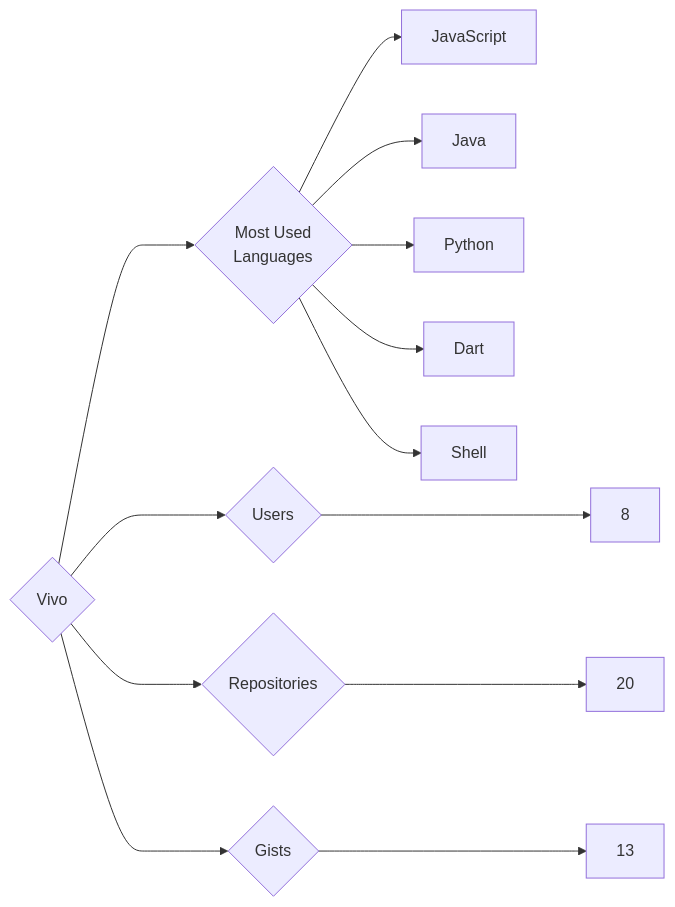
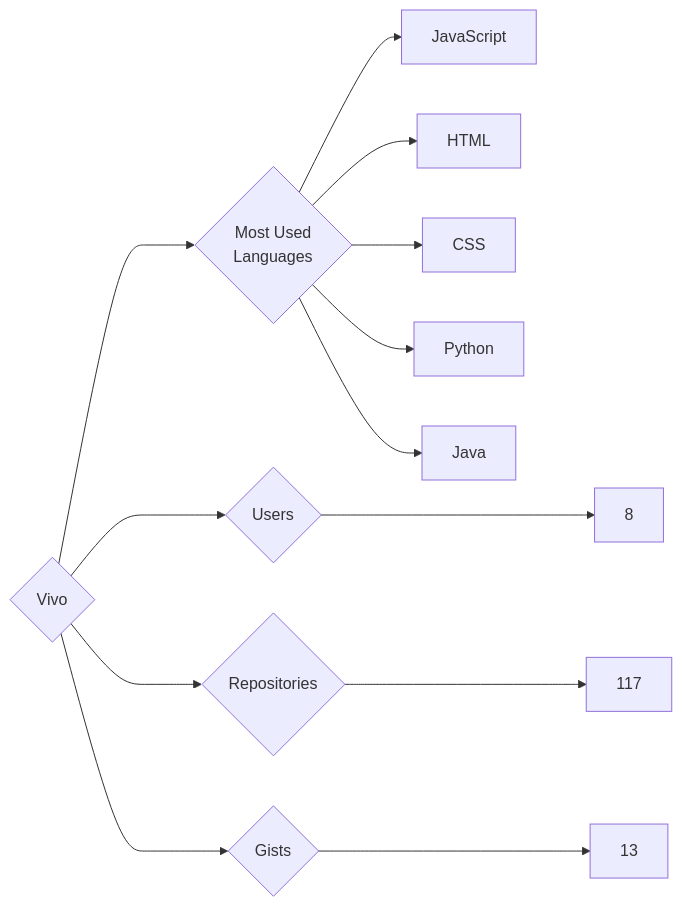
One commit to trickest/insiders changed the diagram in targets/Vivo/README.md. Above: the diagram before and after it, drawn with Mermaid. The commit also changed 728 other files, not shown here.

````diff
--- a/targets/Vivo/README.md
+++ b/targets/Vivo/README.md
@@ -3,13 +3,13 @@
 ```mermaid
 graph LR
 COMPANY_NAME{Vivo}
 COMPANY_NAME ---> U{Users} ---> UN[8]
-COMPANY_NAME ---> R{Repositories} ---> RN[20]
+COMPANY_NAME ---> R{Repositories} ---> RN[117]
 COMPANY_NAME ---> G{Gists} ---> GN[13]
 COMPANY_NAME ---> ML{Most Used<br>Languages}
 ML --> JavaScript[JavaScript]
+ML --> HTML[HTML]
+ML --> CSS[CSS]
+ML --> Python[Python]
 ML --> Java[Java]
-ML --> Python[Python]
-ML --> Dart[Dart]
-ML --> Shell[Shell]
 ```
````
